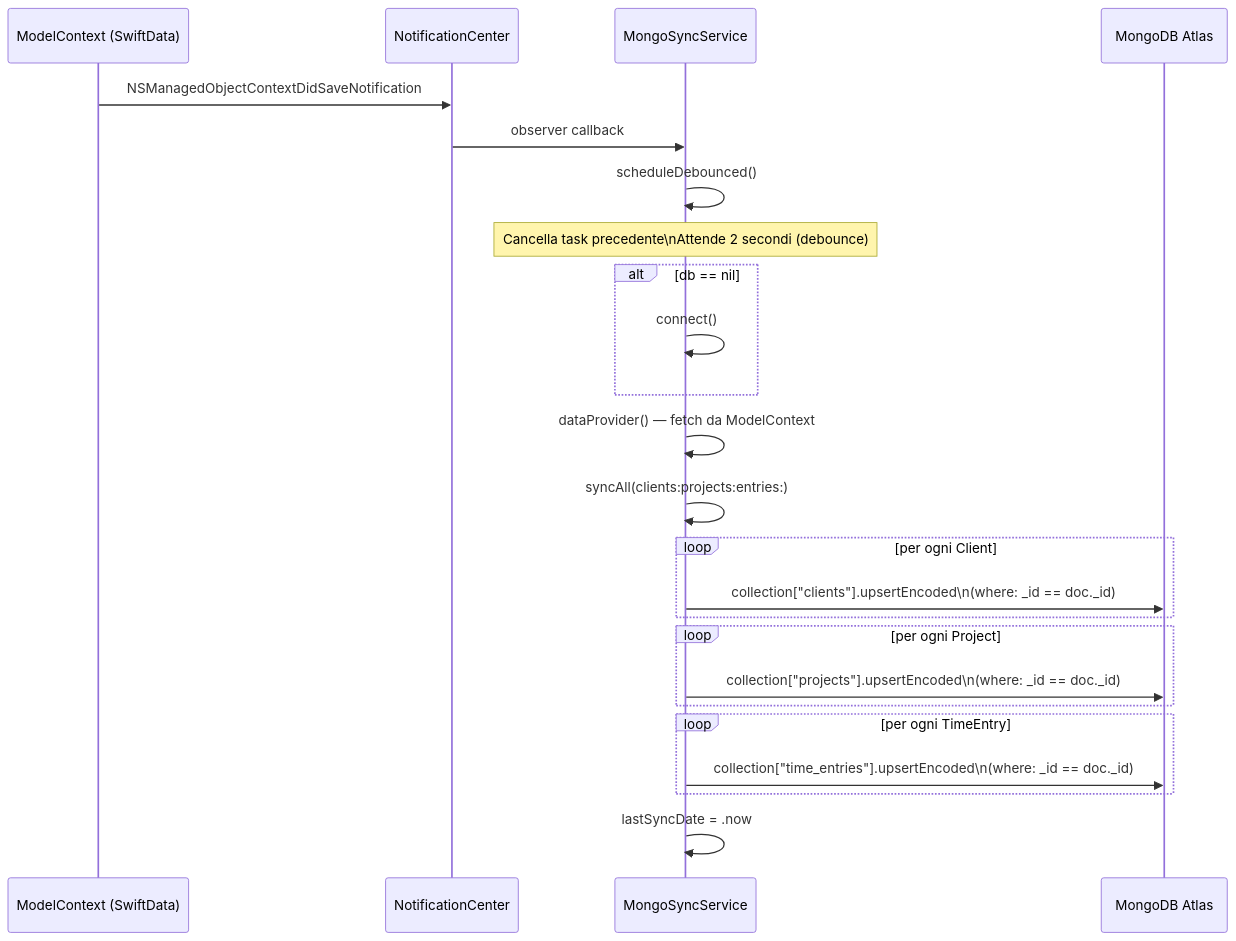
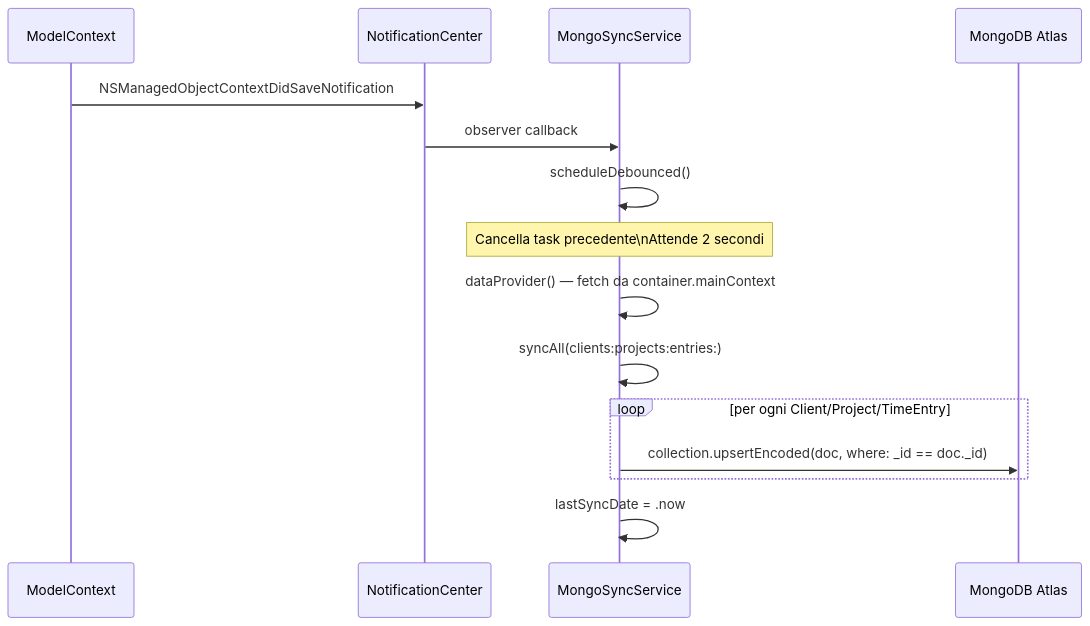
Before and after one commit to albertobarrago/timelog: the third of 3 diagrams in docs/04-sync-mongodb.md, drawn with Mermaid. The commit also changed other lines of this file and 1 other file, not shown here.

Commit message:
docs: update sync docs with bidirectional flow and add App Store quality guidelines to CLAUDE.md

````diff
--- a/docs/04-sync-mongodb.md
+++ b/docs/04-sync-mongodb.md
@@ -67,31 +87,20 @@
 ```mermaid
 sequenceDiagram
-    participant CTX as ModelContext (SwiftData)
+    participant CTX as ModelContext
     participant NC as NotificationCenter
     participant MSS as MongoSyncService
     participant MDB as MongoDB Atlas
 
     CTX->>NC: NSManagedObjectContextDidSaveNotification
     NC->>MSS: observer callback
     MSS->>MSS: scheduleDebounced()
-    Note over MSS: Cancella task precedente\nAttende 2 secondi (debounce)
+    Note over MSS: Cancella task precedente\nAttende 2 secondi
 
-    alt db == nil
-        MSS->>MSS: connect()
-    end
-
-    MSS->>MSS: dataProvider() — fetch da ModelContext
+    MSS->>MSS: dataProvider() — fetch da container.mainContext
     MSS->>MSS: syncAll(clients:projects:entries:)
 
-    loop per ogni Client
-        MSS->>MDB: collection["clients"].upsertEncoded\n(where: _id == doc._id)
+    loop per ogni Client/Project/TimeEntry
+        MSS->>MDB: collection.upsertEncoded(doc, where: _id == doc._id)
     end
-    loop per ogni Project
-        MSS->>MDB: collection["projects"].upsertEncoded\n(where: _id == doc._id)
-    end
-    loop per ogni TimeEntry
-        MSS->>MDB: collection["time_entries"].upsertEncoded\n(where: _id == doc._id)
-    end
-
     MSS->>MSS: lastSyncDate = .now
 ```
````
